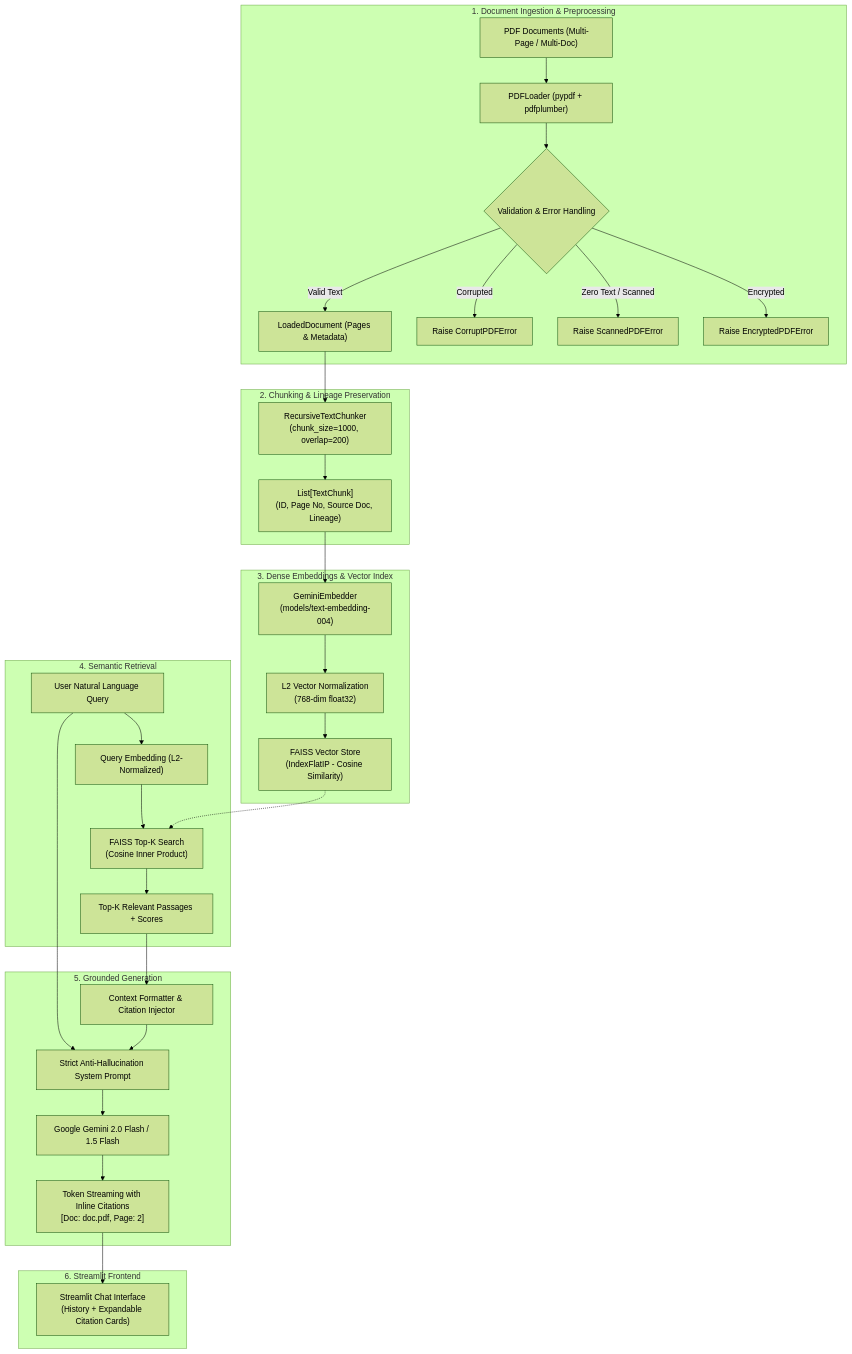
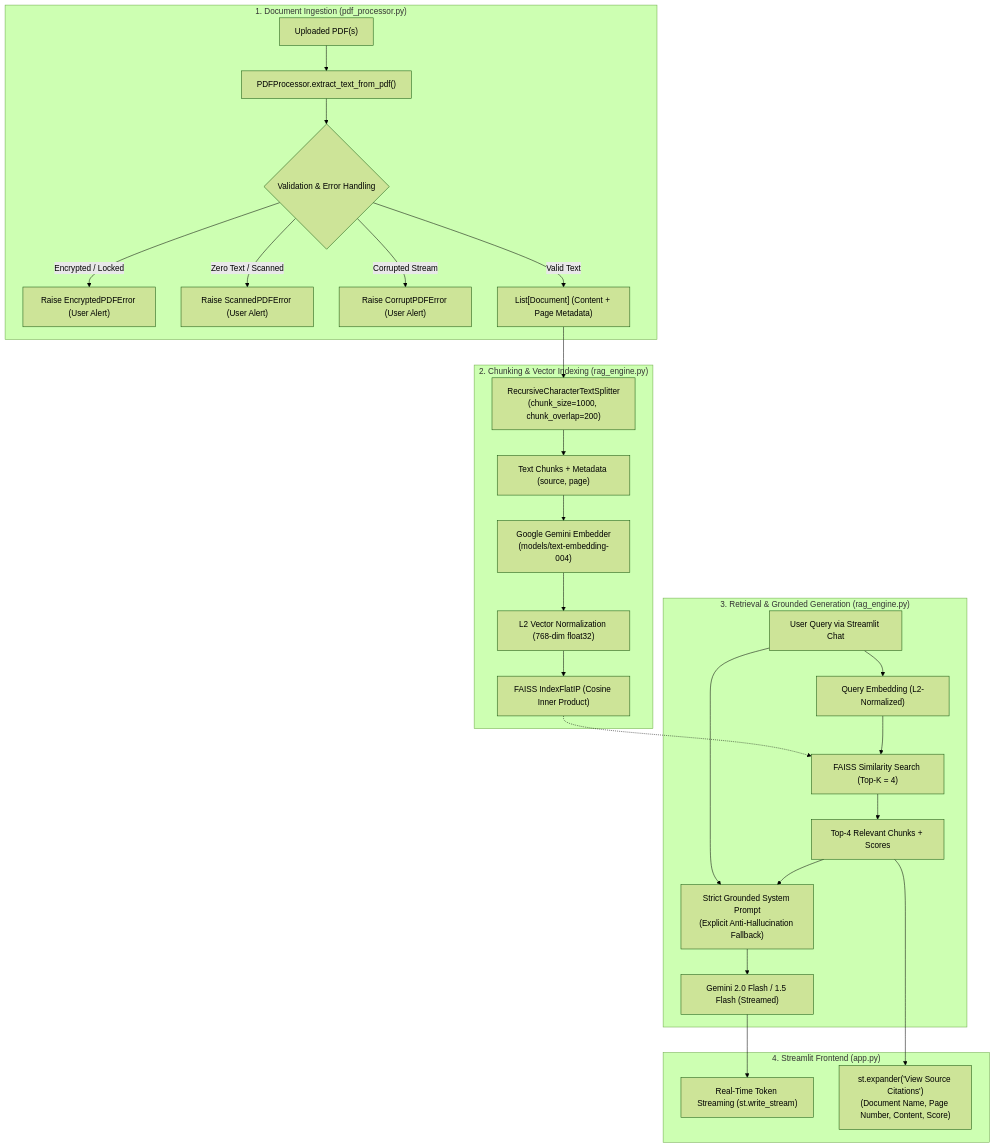
The diagram in task-01-rag/README.md (khrishChauhan/ghanextech-technical-assessment), drawn with Mermaid (forest theme) before and after one commit. The commit also changed other lines of this file and 5 other files, not shown here.

Commit message:
feat(rag): align PDFProcessor, RAGEngine, and app with functional specification

````diff
--- a/task-01-rag/README.md
+++ b/task-01-rag/README.md
@@ -11,41 +9,34 @@
 ```mermaid
 flowchart TD
-    subgraph Ingestion ["1. Document Ingestion & Preprocessing"]
-        PDF["PDF Documents (Multi-Page / Multi-Doc)"] --> Loader["PDFLoader (pypdf + pdfplumber)"]
-        Loader --> Validate{"Validation & Error Handling"}
-        Validate -->|Encrypted| EncErr["Raise EncryptedPDFError"]
-        Validate -->|Zero Text / Scanned| ScanErr["Raise ScannedPDFError"]
-        Validate -->|Corrupted| CorpErr["Raise CorruptPDFError"]
-        Validate -->|Valid Text| DocObj["LoadedDocument (Pages & Metadata)"]
+    subgraph Ingestion ["1. Document Ingestion (pdf_processor.py)"]
+        Upload["Uploaded PDF(s)"] --> Processor["PDFProcessor.extract_text_from_pdf()"]
+        Processor --> Validation{"Validation & Error Handling"}
+        Validation -->|Encrypted / Locked| EncAlert["Raise EncryptedPDFError (User Alert)"]
+        Validation -->|Zero Text / Scanned| ScanAlert["Raise ScannedPDFError (User Alert)"]
+        Validation -->|Corrupted Stream| CorpAlert["Raise CorruptPDFError (User Alert)"]
+        Validation -->|Valid Text| DocList["List[Document] (Content + Page Metadata)"]
     end
 
-    subgraph Chunking ["2. Chunking & Lineage Preservation"]
-        DocObj --> Chunker["RecursiveTextChunker\n(chunk_size=1000, overlap=200)"]
-        Chunker --> Chunks["List[TextChunk]\n(ID, Page No, Source Doc, Lineage)"]
+    subgraph Indexing ["2. Chunking & Vector Indexing (rag_engine.py)"]
+        DocList --> Chunker["RecursiveCharacterTextSplitter\n(chunk_size=1000, chunk_overlap=200)"]
+        Chunker --> Chunks["Text Chunks + Metadata (source, page)"]
+        Chunks --> Embedder["Google Gemini Embedder\n(models/text-embedding-004)"]
+        Embedder --> Norm["L2 Vector Normalization (768-dim float32)"]
+        Norm --> FAISS["FAISS IndexFlatIP (Cosine Inner Product)"]
     end
 
-    subgraph EmbeddingStorage ["3. Dense Embeddings & Vector Index"]
-        Chunks --> Embedder["GeminiEmbedder\n(models/text-embedding-004)"]
-        Embedder --> L2Norm["L2 Vector Normalization\n(768-dim float32)"]
-        L2Norm --> FAISS["FAISS Vector Store\n(IndexFlatIP - Cosine Similarity)"]
+    subgraph QueryPipeline ["3. Retrieval & Grounded Generation (rag_engine.py)"]
+        UserQ["User Query via Streamlit Chat"] --> QEmbed["Query Embedding (L2-Normalized)"]
+        QEmbed --> SimSearch["FAISS Similarity Search (Top-K = 4)"]
+        FAISS -.-> SimSearch
+        SimSearch --> RetrievedPassages["Top-4 Relevant Chunks + Scores"]
+        RetrievedPassages --> GroundedPrompt["Strict Grounded System Prompt\n(Explicit Anti-Hallucination Fallback)"]
+        UserQ --> GroundedPrompt
+        GroundedPrompt --> GeminiLLM["Gemini 2.0 Flash / 1.5 Flash (Streamed)"]
     end
 
-    subgraph Retrieval ["4. Semantic Retrieval"]
-        UserQuery["User Natural Language Query"] --> QueryEmbed["Query Embedding (L2-Normalized)"]
-        QueryEmbed --> Search["FAISS Top-K Search\n(Cosine Inner Product)"]
-        FAISS -.-> Search
-        Search --> RankedPassages["Top-K Relevant Passages + Scores"]
-    end
-
-    subgraph Generation ["5. Grounded Generation"]
-        RankedPassages --> PromptFmt["Context Formatter & Citation Injector"]
-        PromptFmt --> GroundedPrompt["Strict Anti-Hallucination System Prompt"]
-        UserQuery --> GroundedPrompt
-        GroundedPrompt --> LLM["Google Gemini 2.0 Flash / 1.5 Flash"]
-        LLM --> StreamOut["Token Streaming with Inline Citations\n[Doc: doc.pdf, Page: 2]"]
-    end
-
-    subgraph UI ["6. Streamlit Frontend"]
-        StreamOut --> ChatUI["Streamlit Chat Interface\n(History + Expandable Citation Cards)"]
+    subgraph UI ["4. Streamlit Frontend (app.py)"]
+        GeminiLLM --> StreamResponse["Real-Time Token Streaming (st.write_stream)"]
+        RetrievedPassages --> CitationExpander["st.expander('View Source Citations')\n(Document Name, Page Number, Content, Score)"]
     end
 ```
````
